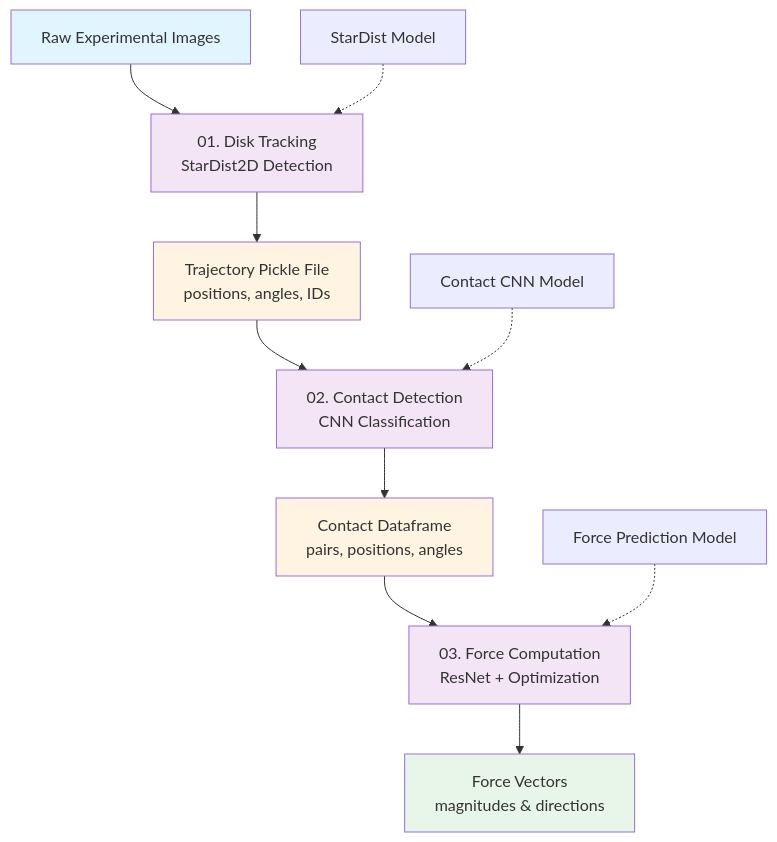
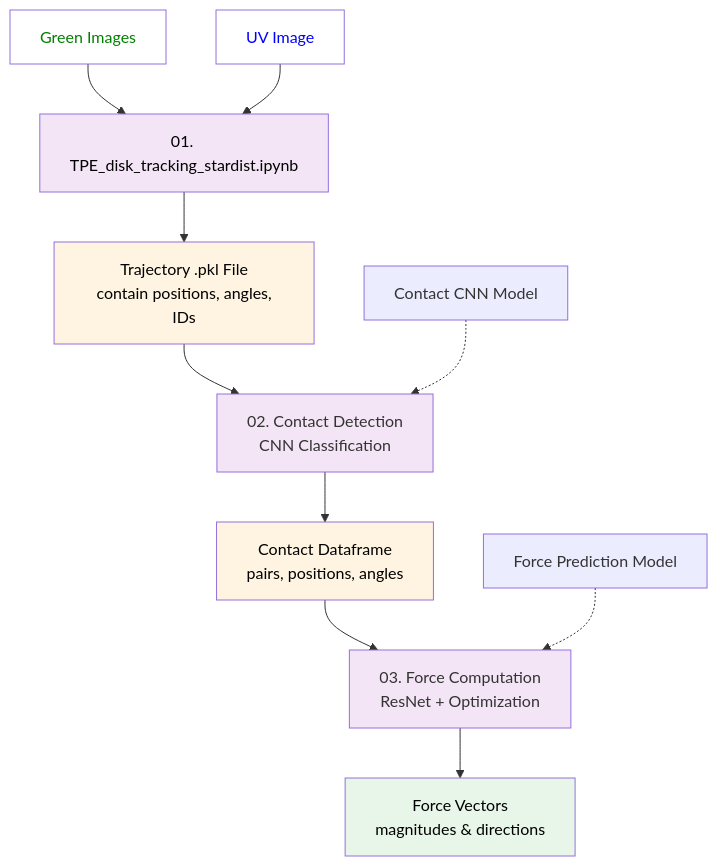
The diagram in README.md (jctsaigroup/TPE-Disk-Image-Processing), drawn with Mermaid before and after one commit. The commit also changed 2 other files, not shown here.

Commit message:
Update notebooks and README

````diff
--- a/README.md
+++ b/README.md
@@ -9,21 +9,22 @@
 ```mermaid
 flowchart TD
-    A[Raw Experimental Images] --> B[01. Disk Tracking<br/>StarDist2D Detection]
-    B --> C[Trajectory Pickle File<br/>positions, angles, IDs]
+    I1[Green Images] --> B[01. TPE_disk_tracking_stardist.ipynb]
+    I2[UV Image] --> B
+    B --> C[Trajectory .pkl File<br/> contain positions, angles, IDs]
     C --> D[02. Contact Detection<br/>CNN Classification]
     D --> E[Contact Dataframe<br/>pairs, positions, angles]
     E --> F[03. Force Computation<br/>ResNet + Optimization]
     F --> G[Force Vectors<br/>magnitudes & directions]
     
-    H[StarDist Model] -.-> B
     I[Contact CNN Model] -.-> D
     J[Force Prediction Model] -.-> F
     
-    style A fill:#e1f5ff
-    style C fill:#fff4e1
-    style E fill:#fff4e1
-    style G fill:#e8f5e9
-    style B fill:#f3e5f5
+    style I1 fill: white, color:green
+    style I2 fill: white, color:blue
+    style C fill:#fff4e1, color:black
+    style E fill:#fff4e1, color:black
+    style G fill:#e8f5e9, color:black
+    style B fill:#f3e5f5,color:black
     style D fill:#f3e5f5
     style F fill:#f3e5f5
 ```
````
